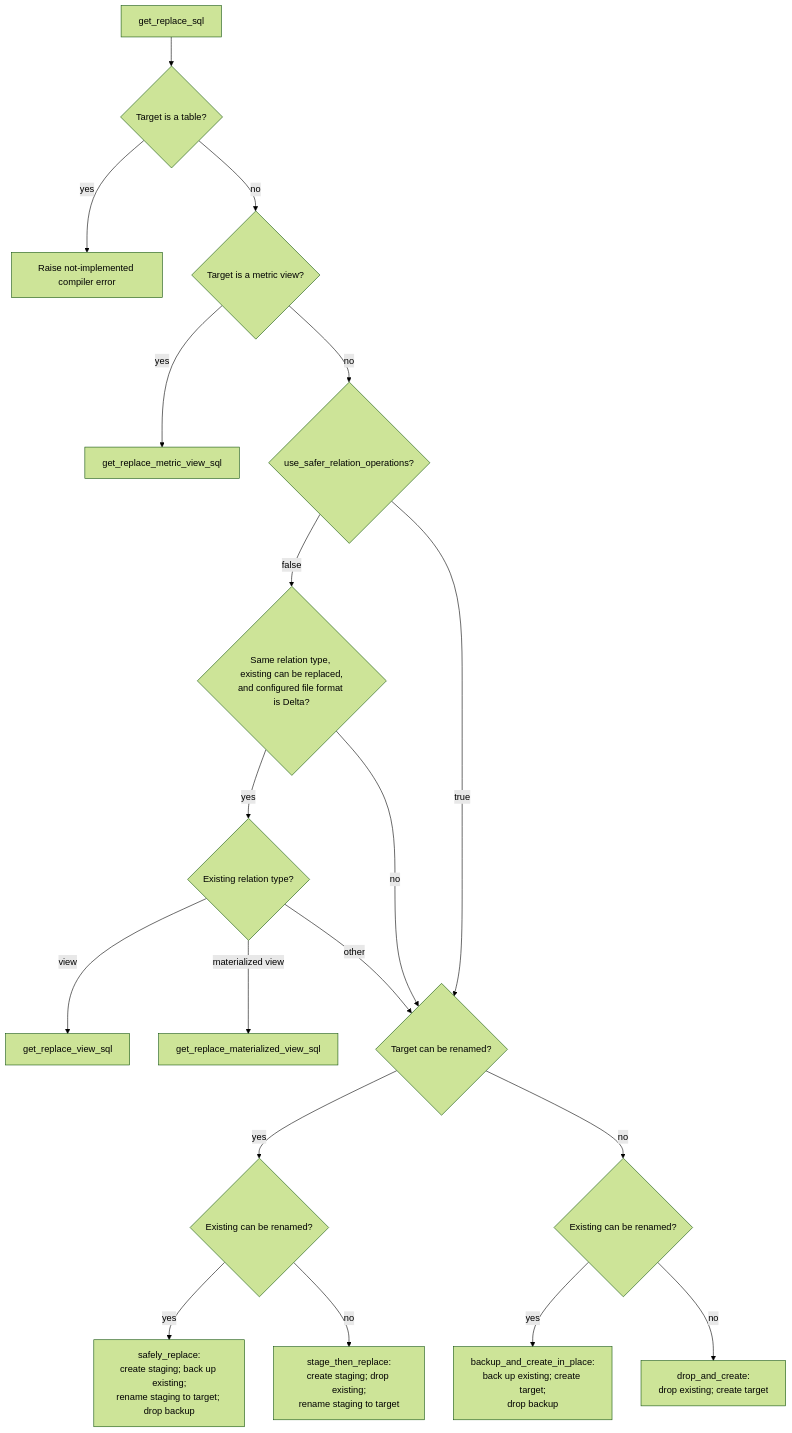
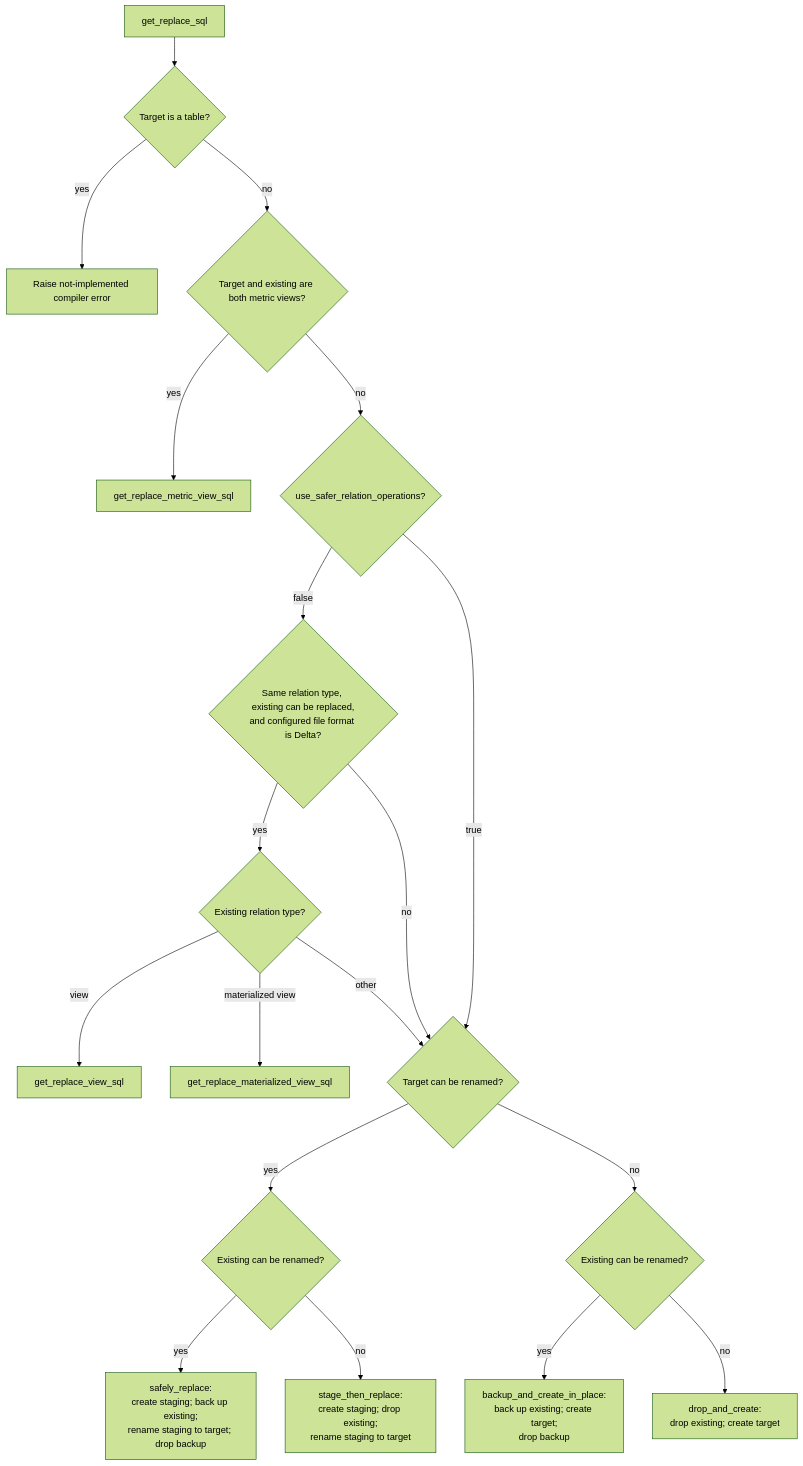
The diagram in docs/flow/replace_flow.md (databricks/dbt-databricks), drawn with Mermaid (forest theme) before and after one commit. The commit also changed other lines of this file and 4 other files, not shown here.

First line of the commit message:
Fix: metric_view replacement of an existing table or view (#1640)

````diff
--- a/docs/flow/replace_flow.md
+++ b/docs/flow/replace_flow.md
@@ -14,23 +15,23 @@
 ```mermaid
 flowchart TD
     START[get_replace_sql] --> TABLE{Target is a table?}
     TABLE -- yes --> ERROR[Raise not-implemented compiler error]
-    TABLE -- no --> METRIC{Target is a metric view?}
+    TABLE -- no --> METRIC{Target and existing are both metric views?}
     METRIC -- yes --> METRICSQL[get_replace_metric_view_sql]
     METRIC -- no --> SAFE{use_safer_relation_operations?}
 
     SAFE -- false --> DIRECT{"Same relation type, existing can be replaced,\nand configured file format is Delta?"}
     DIRECT -- yes --> TYPE{Existing relation type?}
     TYPE -- view --> VIEWSQL[get_replace_view_sql]
     TYPE -- "materialized view" --> MVSQL[get_replace_materialized_view_sql]
     DIRECT -- no --> TARGETRENAME{Target can be renamed?}
     TYPE -- other --> TARGETRENAME
     SAFE -- true --> TARGETRENAME
 
     TARGETRENAME -- yes --> EXISTRENAME1{Existing can be renamed?}
     TARGETRENAME -- no --> EXISTRENAME2{Existing can be renamed?}
     EXISTRENAME1 -- yes --> SAFELY["safely_replace:<br/>create staging; back up existing;<br/>rename staging to target; drop backup"]
     EXISTRENAME1 -- no --> STAGE["stage_then_replace:<br/>create staging; drop existing;<br/>rename staging to target"]
     EXISTRENAME2 -- yes --> BACKUP["backup_and_create_in_place:<br/>back up existing; create target;<br/>drop backup"]
     EXISTRENAME2 -- no --> DROP["drop_and_create:<br/>drop existing; create target"]
 ```
````
